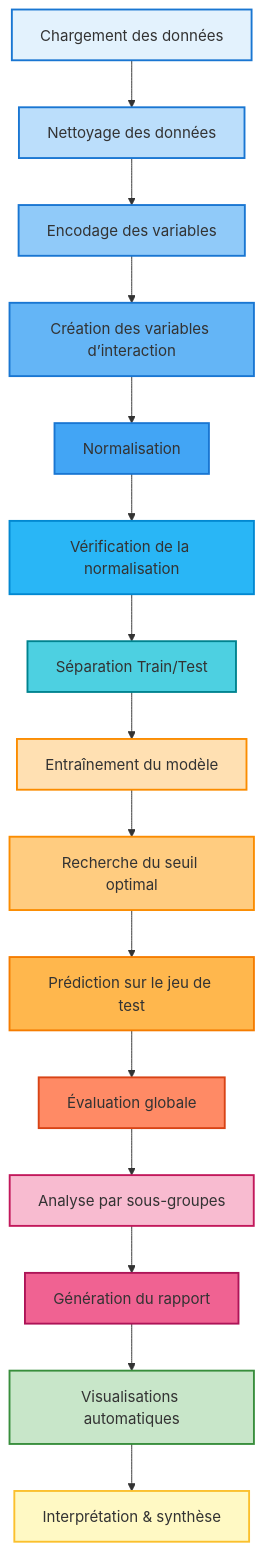
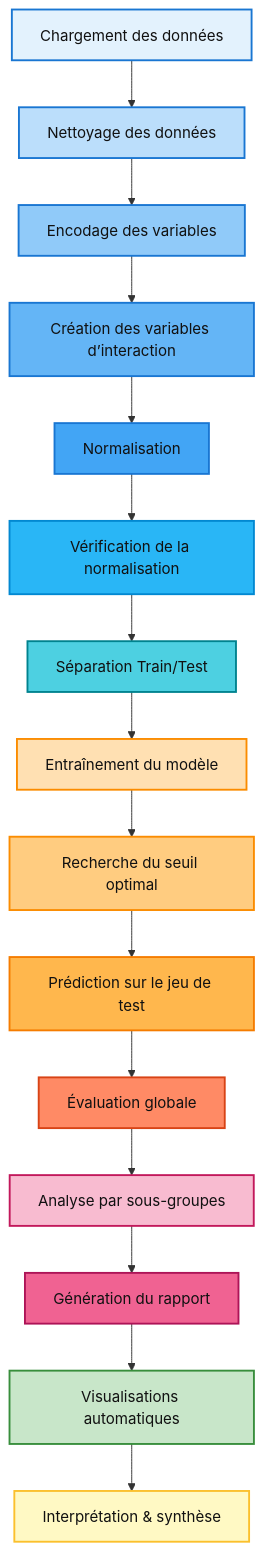
Before and after one commit to ines-lorquet/cardio-vasc-risks: the diagram in README.md, drawn with Mermaid.

Commit message:
correction shéma

````diff
--- a/README.md
+++ b/README.md
@@ -87,38 +87,38 @@
 ```mermaid
 flowchart TD
     A[Chargement des données] --> B[Nettoyage des données]
     B --> C[Encodage des variables]
     C --> D[Création des variables d’interaction]
     D --> E[Normalisation]
     E --> F[Vérification de la normalisation]
     F --> G[Séparation Train/Test]
     G --> H[Entraînement du modèle]
     H --> I[Recherche du seuil optimal]
     I --> J[Prédiction sur le jeu de test]
     J --> K[Évaluation globale]
     K --> L[Analyse par sous-groupes]
     L --> M[Génération du rapport]
     M --> N[Visualisations automatiques]
     N --> O[Interprétation & synthèse]
 
     %% Préparation (bleu)
-    style A fill:#e3f2fd,stroke:#1976d2,stroke-width:2px
-    style B fill:#bbdefb,stroke:#1976d2,stroke-width:2px
-    style C fill:#90caf9,stroke:#1976d2,stroke-width:2px
-    style D fill:#64b5f6,stroke:#1976d2,stroke-width:2px
-    style E fill:#42a5f5,stroke:#1976d2,stroke-width:2px
-    style F fill:#29b6f6,stroke:#0288d1,stroke-width:2px
-    style G fill:#4dd0e1,stroke:#00838f,stroke-width:2px
+    style A fill:#e3f2fd,stroke:#1976d2,stroke-width:2px,color:#111
+    style B fill:#bbdefb,stroke:#1976d2,stroke-width:2px,color:#111
+    style C fill:#90caf9,stroke:#1976d2,stroke-width:2px,color:#111
+    style D fill:#64b5f6,stroke:#1976d2,stroke-width:2px,color:#111
+    style E fill:#42a5f5,stroke:#1976d2,stroke-width:2px,color:#111
+    style F fill:#29b6f6,stroke:#0288d1,stroke-width:2px,color:#111
+    style G fill:#4dd0e1,stroke:#00838f,stroke-width:2px,color:#111
 
     %% Modélisation (orange/rose)
-    style H fill:#ffe0b2,stroke:#fb8c00,stroke-width:2px
-    style I fill:#ffcc80,stroke:#fb8c00,stroke-width:2px
-    style J fill:#ffb74d,stroke:#f57c00,stroke-width:2px
-    style K fill:#ff8a65,stroke:#d84315,stroke-width:2px
-    style L fill:#f8bbd0,stroke:#c2185b,stroke-width:2px
-    style M fill:#f06292,stroke:#ad1457,stroke-width:2px
+    style H fill:#ffe0b2,stroke:#fb8c00,stroke-width:2px,color:#111
+    style I fill:#ffcc80,stroke:#fb8c00,stroke-width:2px,color:#111
+    style J fill:#ffb74d,stroke:#f57c00,stroke-width:2px,color:#111
+    style K fill:#ff8a65,stroke:#d84315,stroke-width:2px,color:#111
+    style L fill:#f8bbd0,stroke:#c2185b,stroke-width:2px,color:#111
+    style M fill:#f06292,stroke:#ad1457,stroke-width:2px,color:#111
 
     %% Résultats (vert/jaune)
-    style N fill:#c8e6c9,stroke:#388e3c,stroke-width:2px
-    style O fill:#fff9c4,stroke:#fbc02d,stroke-width:2px
+    style N fill:#c8e6c9,stroke:#388e3c,stroke-width:2px,color:#111
+    style O fill:#fff9c4,stroke:#fbc02d,stroke-width:2px,color:#111
 ```
````
